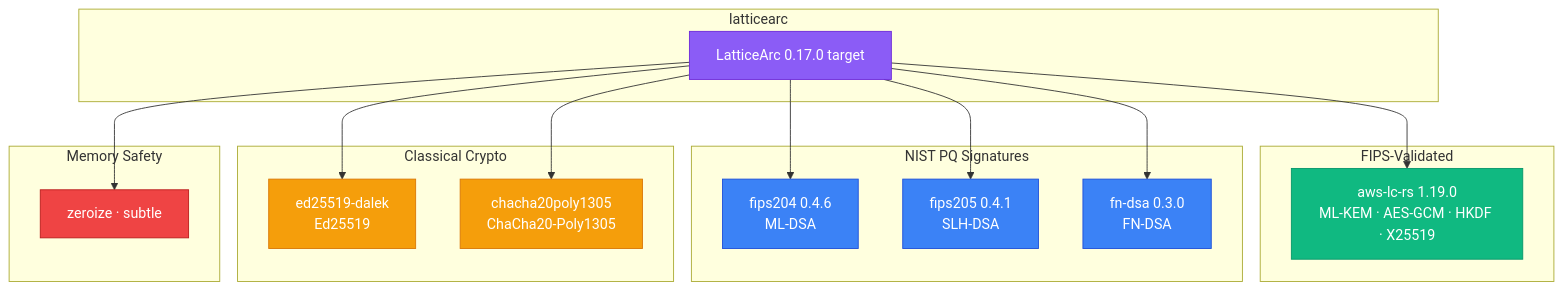
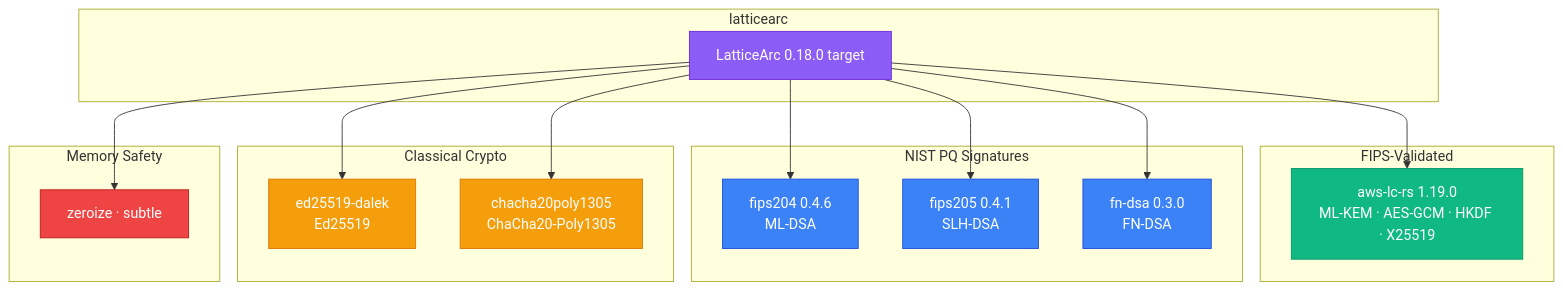
Before and after one commit to LatticeArc/latticearc: the diagram in docs/DEPENDENCY_JUSTIFICATION.md, drawn with Mermaid. The commit also changed other lines of this file and 11 other files, not shown here.

````diff
--- a/docs/DEPENDENCY_JUSTIFICATION.md
+++ b/docs/DEPENDENCY_JUSTIFICATION.md
@@ -12,45 +12,45 @@
 ```mermaid
 flowchart TB
     subgraph "latticearc"
-        LA[LatticeArc 0.17.0 target]
+        LA[LatticeArc 0.18.0 target]
     end
 
     subgraph "FIPS-Validated"
         AWSLC["aws-lc-rs 1.19.0\nML-KEM · AES-GCM · HKDF · X25519"]
     end
 
     subgraph "NIST PQ Signatures"
         F204["fips204 0.4.6\nML-DSA"]
         F205["fips205 0.4.1\nSLH-DSA"]
         FNDSA["fn-dsa 0.3.0\nFN-DSA"]
     end
 
     subgraph "Classical Crypto"
         DALEK["ed25519-dalek\nEd25519"]
         CHA["chacha20poly1305\nChaCha20-Poly1305"]
     end
 
     subgraph "Memory Safety"
         ZERO["zeroize · subtle"]
     end
 
     LA --> AWSLC
     LA --> F204
     LA --> F205
     LA --> FNDSA
     LA --> DALEK
     LA --> CHA
     LA --> ZERO
 
     classDef main fill:#8b5cf6,stroke:#6d28d9,color:#fff
     classDef fips fill:#10b981,stroke:#059669,color:#fff
     classDef nist fill:#3b82f6,stroke:#1d4ed8,color:#fff
     classDef cl fill:#f59e0b,stroke:#d97706,color:#fff
     classDef safety fill:#ef4444,stroke:#b91c1c,color:#fff
 
     class LA main
     class AWSLC fips
     class F204,F205,FNDSA nist
     class DALEK,CHA cl
     class ZERO safety
 ```
````
